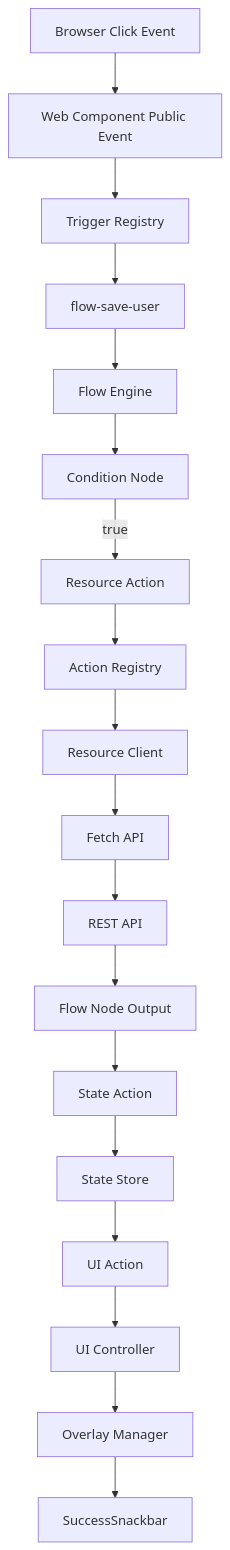
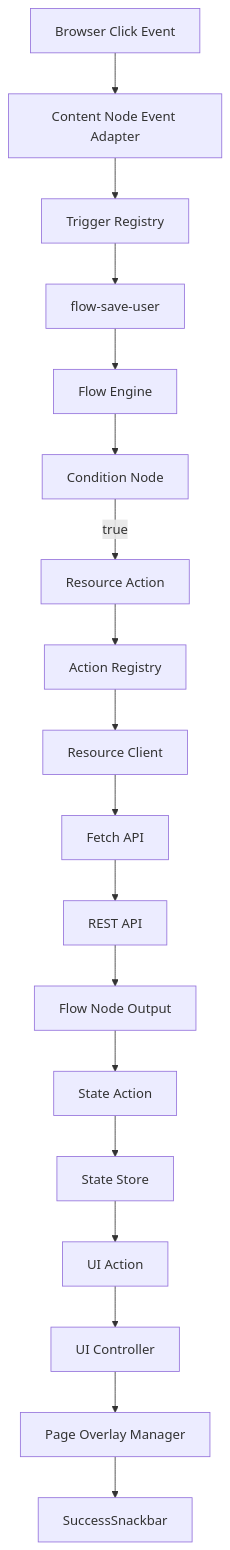
One commit to northwest-hcu/FlagShip changed the fifth of 7 diagrams in docs/architecture/06-flow-and-execution-model.md. Above: the diagram before and after it, drawn with Mermaid. The commit also changed other lines of this file and 11 other files, not shown here.

Commit message:
docs: align architecture with component ownership model

````diff
--- a/docs/architecture/06-flow-and-execution-model.md
+++ b/docs/architecture/06-flow-and-execution-model.md
@@ -1583,20 +1634,20 @@
 ```mermaid
 flowchart TD
-    Click["Browser Click Event"] --> Event["Web Component Public Event"]
+    Click["Browser Click Event"] --> Event["Content Node Event Adapter"]
     Event --> Trigger["Trigger Registry"]
     Trigger --> Flow["flow-save-user"]
     Flow --> Engine["Flow Engine"]
     Engine --> Condition["Condition Node"]
     Condition -->|"true"| ResourceAction["Resource Action"]
     ResourceAction --> Registry["Action Registry"]
     Registry --> Client["Resource Client"]
     Client --> Fetch["Fetch API"]
     Fetch --> API["REST API"]
     API --> Output["Flow Node Output"]
     Output --> StateAction["State Action"]
     StateAction --> Store["State Store"]
     Store --> UIAction["UI Action"]
     UIAction --> Controller["UI Controller"]
-    Controller --> Overlay["Overlay Manager"]
+    Controller --> Overlay["Page Overlay Manager"]
     Overlay --> Snackbar["SuccessSnackbar"]
 ```
````
